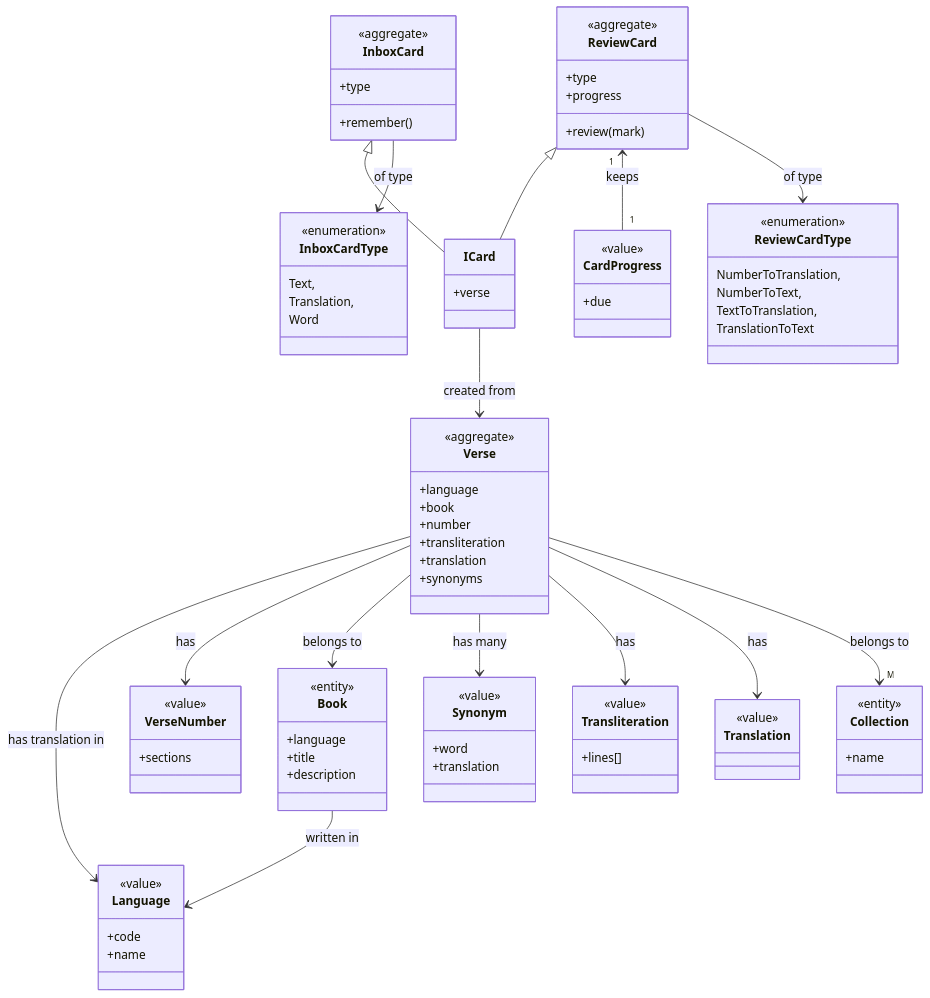
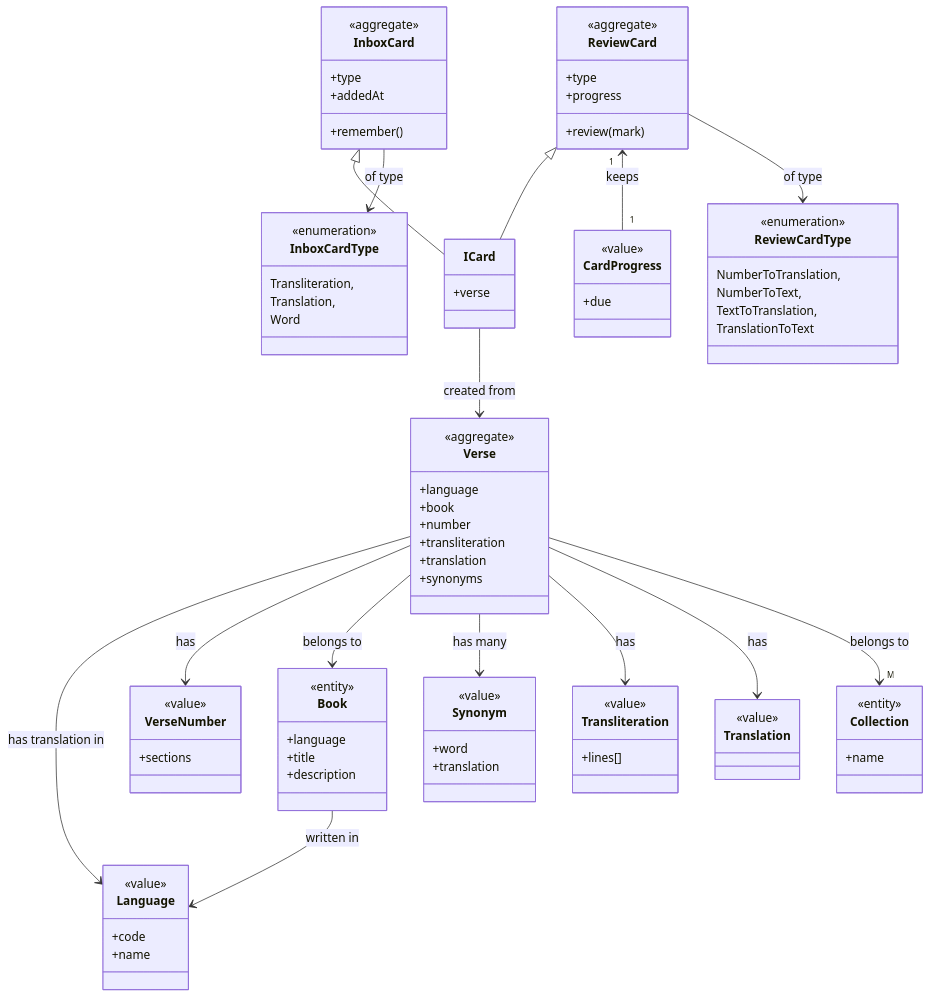
One commit to akdasa-studios/shlokas changed the diagram in docs/models.md. Above: the diagram before and after it, drawn with Mermaid. The commit also changed 28 other files, not shown here.

```diff
--- a/docs/models.md
+++ b/docs/models.md
@@ -53,7 +53,7 @@
 
 class InboxCardType {
     <<enumeration>>
-    Text,
+    Transliteration,
     Translation,
     Word
 }
@@ -73,6 +73,7 @@
 class InboxCard {
     <<aggregate>>
     +type
+    +addedAt
     +remember()
 }
 
```
